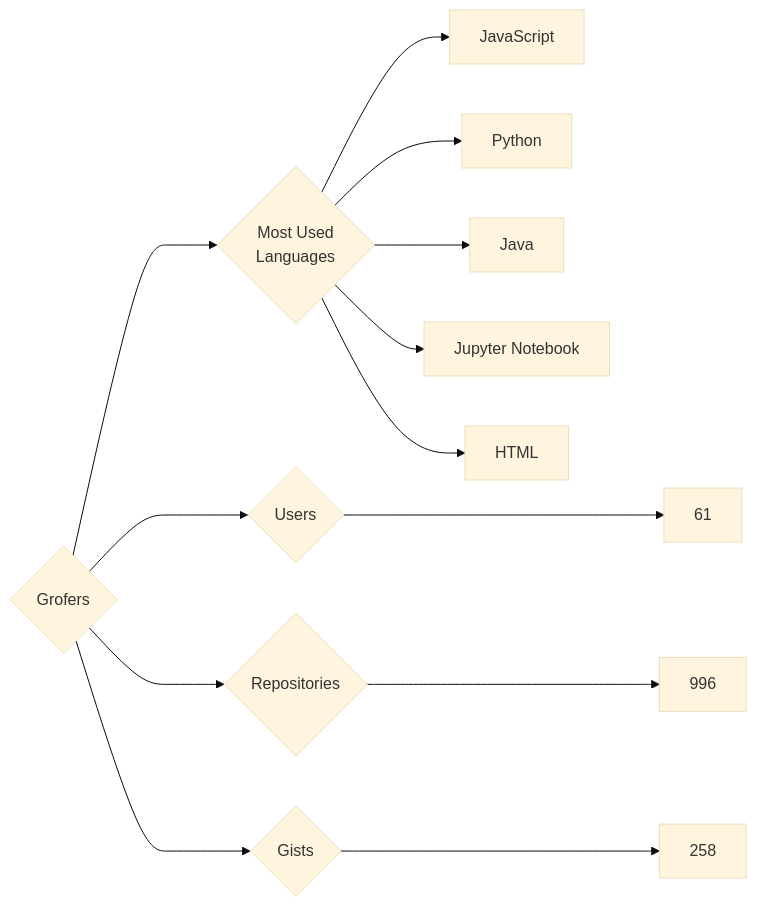
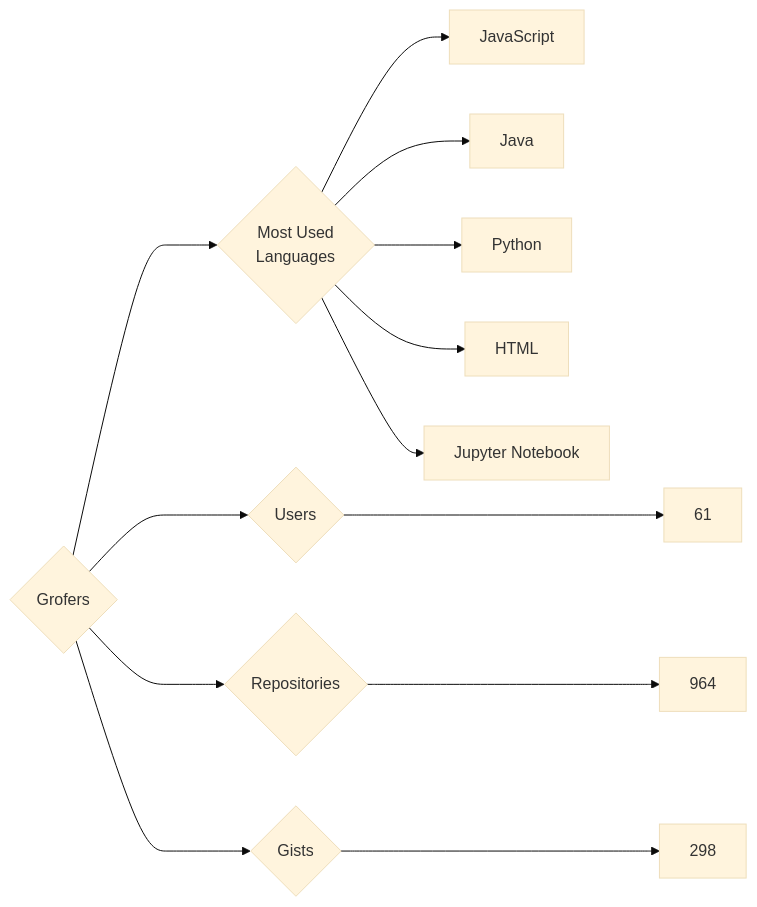
One commit to trickest/insiders changed the diagram in targets/Grofers/README.md. Above: the diagram before and after it, drawn with Mermaid (base theme). The commit also changed 935 other files, not shown here.

````diff
--- a/targets/Grofers/README.md
+++ b/targets/Grofers/README.md
@@ -3,13 +3,13 @@
 ```mermaid
 graph LR
 COMPANY_NAME{Grofers}
 COMPANY_NAME ---> U{Users} ---> UN[61]
-COMPANY_NAME ---> R{Repositories} ---> RN[996]
-COMPANY_NAME ---> G{Gists} ---> GN[258]
+COMPANY_NAME ---> R{Repositories} ---> RN[964]
+COMPANY_NAME ---> G{Gists} ---> GN[298]
 COMPANY_NAME ---> ML{Most Used<br>Languages}
 ML --> JavaScript[JavaScript]
+ML --> Java[Java]
 ML --> Python[Python]
-ML --> Java[Java]
+ML --> HTML[HTML]
 ML --> Jupyter_Notebook[Jupyter Notebook]
-ML --> HTML[HTML]
 ```
````
